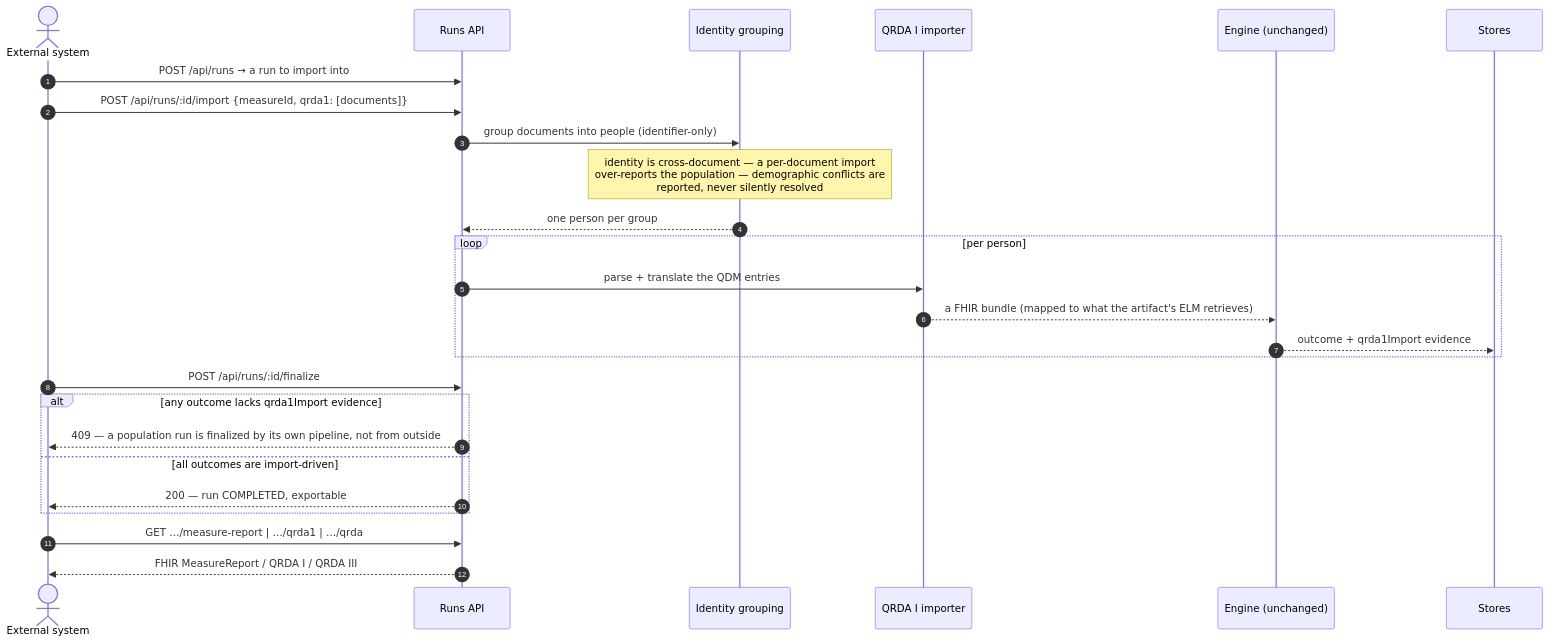
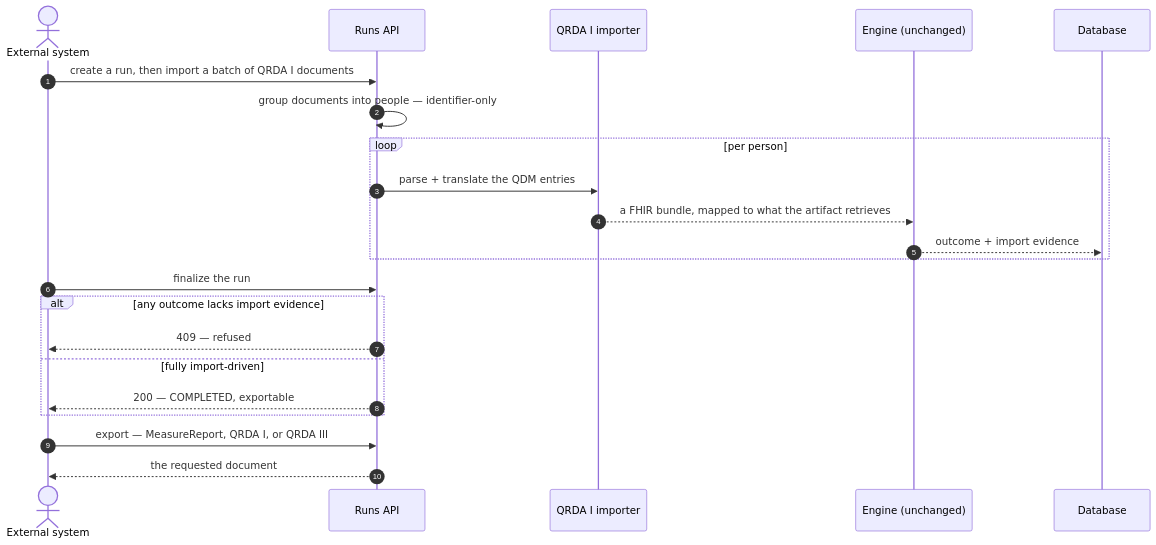
The fifth of 6 diagrams in docs/guide/10-scenarios.md (Taleef7/workwell), drawn with Mermaid before and after one commit. The commit also changed other lines of this file, not shown here.

````diff
--- a/docs/guide/10-scenarios.md
+++ b/docs/guide/10-scenarios.md
@@ -215,28 +264,24 @@
 ```mermaid
 sequenceDiagram
   autonumber
   actor Ext as External system
   participant R as Runs API
-  participant Id as Identity grouping
   participant Imp as QRDA I importer
   participant Eng as Engine (unchanged)
-  participant DB as Stores
-  Ext->>R: POST /api/runs → a run to import into
-  Ext->>R: POST /api/runs/:id/import {measureId, qrda1: [documents]}
-  R->>Id: group documents into people (identifier-only)
-  Note over Id: identity is cross-document — a per-document import<br/>over-reports the population — demographic conflicts are<br/>reported, never silently resolved
-  Id-->>R: one person per group
+  participant DB as Database
+  Ext->>R: create a run, then import a batch of QRDA I documents
+  R->>R: group documents into people — identifier-only
   loop per person
     R->>Imp: parse + translate the QDM entries
-    Imp-->>Eng: a FHIR bundle (mapped to what the artifact's ELM retrieves)
-    Eng-->>DB: outcome + qrda1Import evidence
+    Imp-->>Eng: a FHIR bundle, mapped to what the artifact retrieves
+    Eng-->>DB: outcome + import evidence
   end
-  Ext->>R: POST /api/runs/:id/finalize
-  alt any outcome lacks qrda1Import evidence
-    R-->>Ext: 409 — a population run is finalized by its own pipeline, not from outside
-  else all outcomes are import-driven
-    R-->>Ext: 200 — run COMPLETED, exportable
+  Ext->>R: finalize the run
+  alt any outcome lacks import evidence
+    R-->>Ext: 409 — refused
+  else fully import-driven
+    R-->>Ext: 200 — COMPLETED, exportable
   end
-  Ext->>R: GET …/measure-report | …/qrda1 | …/qrda
-  R-->>Ext: FHIR MeasureReport / QRDA I / QRDA III
+  Ext->>R: export — MeasureReport, QRDA I, or QRDA III
+  R-->>Ext: the requested document
 ```
````
